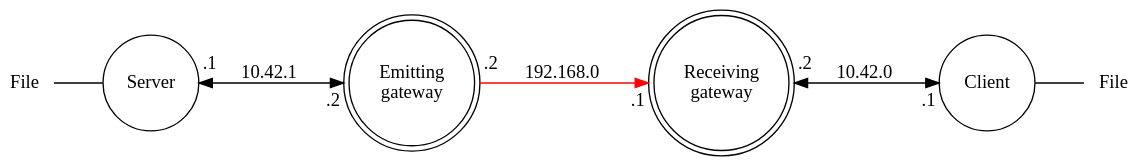
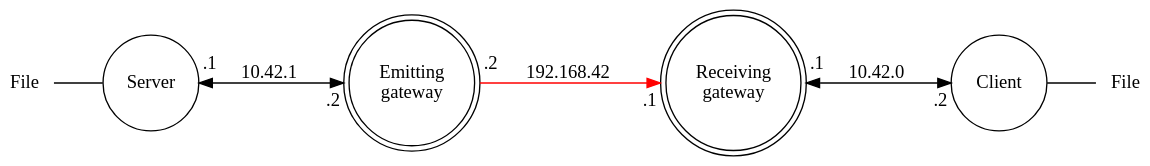
One commit to lfdla/bind changed the diagram in images/02_generalview.dot. Above: the diagram before and after it, drawn with Graphviz. The commit also changed 2 other files, not shown here.

```diff
--- a/images/02_generalview.dot
+++ b/images/02_generalview.dot
@@ -1,17 +1,17 @@
 digraph diode {
 	graph [bgcolor = "transparent"];
 	rankdir=LR;
 	node [shape = circle, width = "1", style = filled, fillcolor = "white"];
 	fia [label = "File", shape = plaintext, style = "", width = "0.6"];
 	fib [label = "File", shape = plaintext, style = "", width = "0.6"];
 	serv [label = "Server"];
 	ega [shape = doublecircle, label = "Emitting\ngateway"];
 	rga [shape = doublecircle, label = "Receiving\ngateway"];
 	clie [label = "Client"];
 
 	fia -> serv [dir = none];
 	serv -> ega [dir = both, label = "  10.42.1  ", headlabel = ".2", taillabel = ".1", labeldistance = 1.6, labelangle = 60];
-	ega -> rga [dir = normal, label = "  192.168.0  ", headlabel = ".1", taillabel = ".2", labeldistance = 1.6, labelangle = 60, color = red];
-	rga -> clie [dir = both, label = "  10.42.0  ", headlabel = ".1", taillabel = ".2", labeldistance = 1.6, labelangle = 60];
+	ega -> rga [dir = normal, label = "  192.168.42  ", headlabel = ".1", taillabel = ".2", labeldistance = 1.6, labelangle = 60, color = red];
+	rga -> clie [dir = both, label = "  10.42.0  ", headlabel = ".2", taillabel = ".1", labeldistance = 1.6, labelangle = 60];
 	clie -> fib [dir = none];
 }
```
